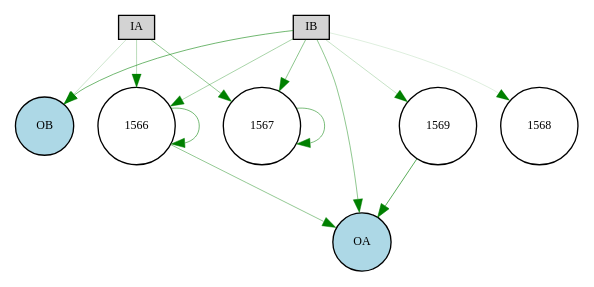
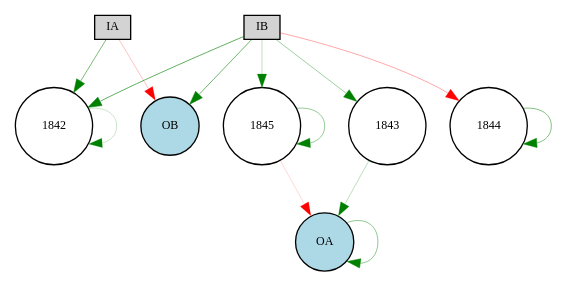
Before and after one commit to danxan/neuromorphic-evolution: the diagram in source/discrete_experiment/Digraph.gv, drawn with Graphviz. The commit also changed 7 other files, not shown here.

```diff
--- a/source/discrete_experiment/Digraph.gv
+++ b/source/discrete_experiment/Digraph.gv
@@ -1,22 +1,22 @@
 digraph {
 	node [fontsize=9 height=0.2 shape=circle width=0.2]
 	IA [fillcolor=lightgray shape=box style=filled]
 	IB [fillcolor=lightgray shape=box style=filled]
 	OA [fillcolor=lightblue style=filled]
 	OB [fillcolor=lightblue style=filled]
-	1569 [fillcolor=white style=filled]
-	1566 [fillcolor=white style=filled]
-	IA -> 1566 [color=green penwidth=0.21405028229864853 style=solid]
-	IA -> 1567 [color=green penwidth=0.318409643151637 style=solid]
-	IB -> 1566 [color=green penwidth=0.2643848191790431 style=solid]
-	IB -> 1567 [color=green penwidth=0.3416620132379712 style=solid]
-	IB -> 1568 [color=green penwidth=0.103547332904846 style=solid]
-	IB -> 1569 [color=green penwidth=0.1715520878414592 style=solid]
-	1566 -> OA [color=green penwidth=0.31758681000235756 style=solid]
-	1569 -> OA [color=green penwidth=0.49360080471666623 style=solid]
-	IA -> OB [color=green penwidth=0.14660835861807797 style=solid]
-	IB -> OA [color=green penwidth=0.33217776452729875 style=solid]
-	IB -> OB [color=green penwidth=0.41501939905814644 style=solid]
-	1566 -> 1566 [color=green penwidth=0.4142028808653786 style=solid]
-	1567 -> 1567 [color=green penwidth=0.38895946992246544 style=solid]
+	1843 [fillcolor=white style=filled]
+	1845 [fillcolor=white style=filled]
+	IA -> 1842 [color=green penwidth=0.4018390354094321 style=solid]
+	IB -> 1842 [color=green penwidth=0.46797872292336673 style=solid]
+	IB -> 1843 [color=green penwidth=0.28890453288694373 style=solid]
+	IB -> 1844 [color=red penwidth=0.25509218773507025 style=solid]
+	IB -> 1845 [color=green penwidth=0.18983812934756025 style=solid]
+	1843 -> OA [color=green penwidth=0.19772628600659192 style=solid]
+	1845 -> OA [color=red penwidth=0.12238187609048819 style=solid]
+	IA -> OB [color=red penwidth=0.18425180218221726 style=solid]
+	IB -> OB [color=green penwidth=0.425362147340026 style=solid]
+	OA -> OA [color=green penwidth=0.33128702535252286 style=solid]
+	1842 -> 1842 [color=green penwidth=0.16320251758265886 style=solid]
+	1844 -> 1844 [color=green penwidth=0.36952029963672584 style=solid]
+	1845 -> 1845 [color=green penwidth=0.31394901649166695 style=solid]
 }
```
